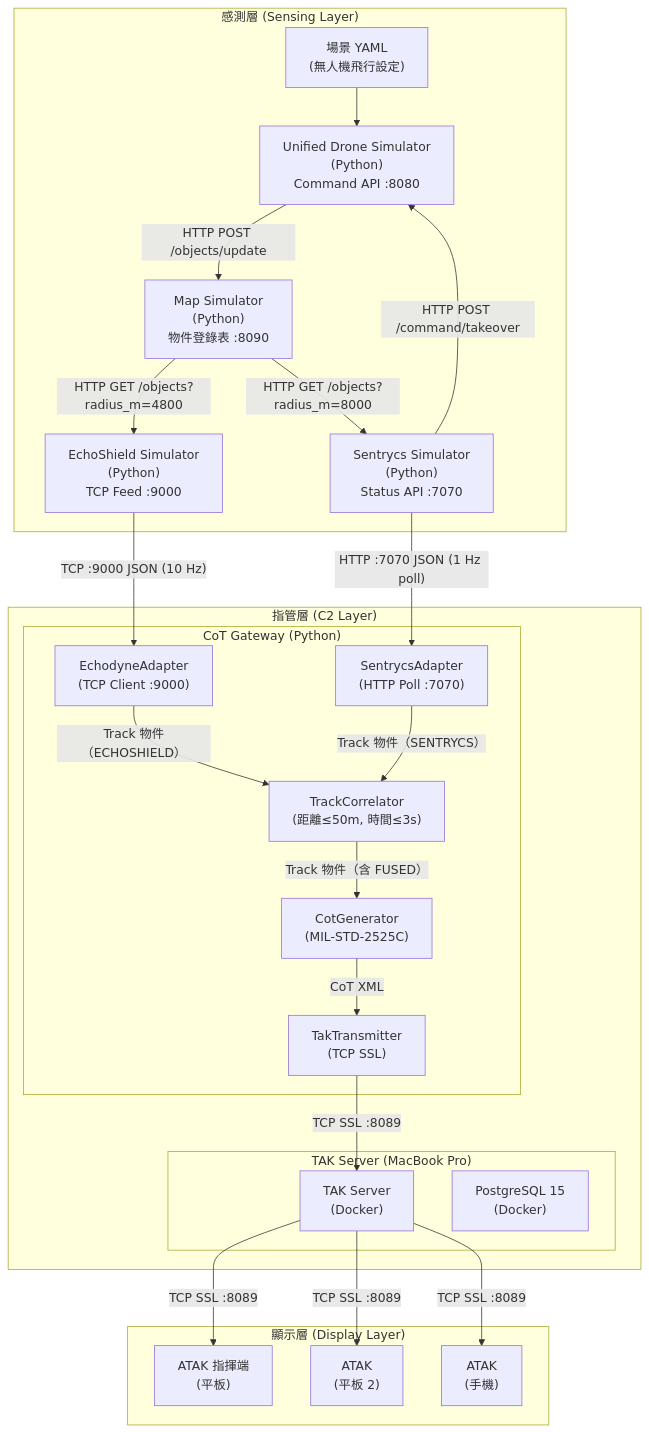
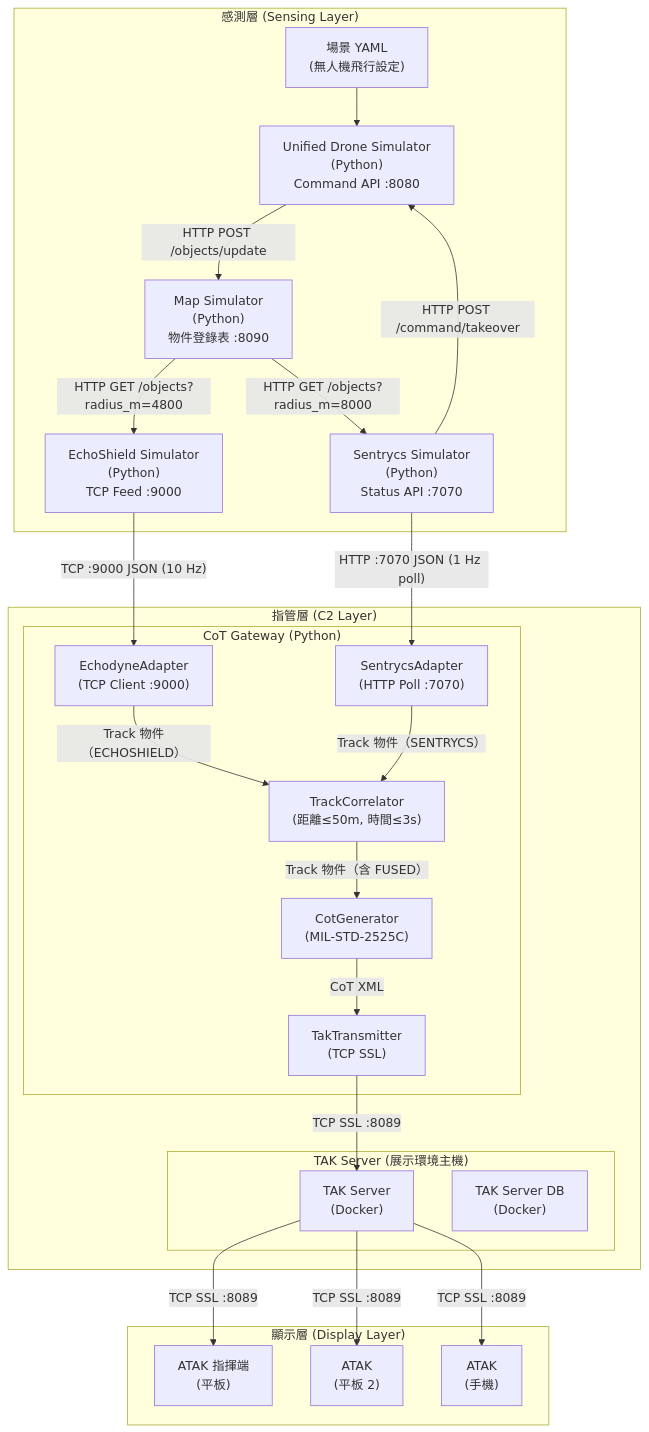
The first of 4 diagrams in docs/system-docs/01-system-architecture.md (aplool-tw/cics-tak-demo), drawn with Mermaid before and after one commit. The commit also changed other lines of this file and 6 other files, not shown here.

First line of the commit message:
docs(system-docs): remove MacBook Pro specifics and PostgreSQL emphasis

````diff
--- a/docs/system-docs/01-system-architecture.md
+++ b/docs/system-docs/01-system-architecture.md
@@ -53,47 +53,47 @@
 ```mermaid
 
 flowchart TB
     subgraph SENSE["感測層 (Sensing Layer)"]
         UDS["Unified Drone Simulator\n(Python)\nCommand API :8080"]
         MS["Map Simulator\n(Python)\n物件登錄表 :8090"]
         ES_SIM["EchoShield Simulator\n(Python)\nTCP Feed :9000"]
         SC["Sentrycs Simulator\n(Python)\nStatus API :7070"]
         DS["場景 YAML\n(無人機飛行設定)"]
     end
 
     subgraph C2["指管層 (C2 Layer)"]
         subgraph GW["CoT Gateway (Python)"]
             EA["EchodyneAdapter\n(TCP Client :9000)"]
             SA["SentrycsAdapter\n(HTTP Poll :7070)"]
             TC["TrackCorrelator\n(距離≤50m, 時間≤3s)"]
             CG["CotGenerator\n(MIL-STD-2525C)"]
             TT["TakTransmitter\n(TCP SSL)"]
         end
-        subgraph TAK["TAK Server (MacBook Pro)"]
+        subgraph TAK["TAK Server (展示環境主機)"]
             TAKSVR["TAK Server\n(Docker)"]
-            PSQL["PostgreSQL 15\n(Docker)"]
+            PSQL["TAK Server DB\n(Docker)"]
         end
     end
 
     subgraph DISPLAY["顯示層 (Display Layer)"]
         ATAK_C["ATAK 指揮端\n(平板)"]
         ATAK_T["ATAK\n(平板 2)"]
         ATAK_P["ATAK\n(手機)"]
     end
 
     DS --> UDS
     UDS -->|"HTTP POST /objects/update"| MS
     MS -->|"HTTP GET /objects?radius_m=4800"| ES_SIM
     MS -->|"HTTP GET /objects?radius_m=8000"| SC
     SC -->|"HTTP POST /command/takeover"| UDS
     ES_SIM -->|"TCP :9000 JSON (10 Hz)"| EA
     SC -->|"HTTP :7070 JSON (1 Hz poll)"| SA
     SA -->|Track 物件（SENTRYCS）| TC
     EA -->|Track 物件（ECHOSHIELD）| TC
     TC -->|Track 物件（含 FUSED）| CG
     CG -->|CoT XML| TT
     TT -->|"TCP SSL :8089"| TAKSVR
     TAKSVR -->|"TCP SSL :8089"| ATAK_C
     TAKSVR -->|"TCP SSL :8089"| ATAK_T
     TAKSVR -->|"TCP SSL :8089"| ATAK_P
 ```
````
